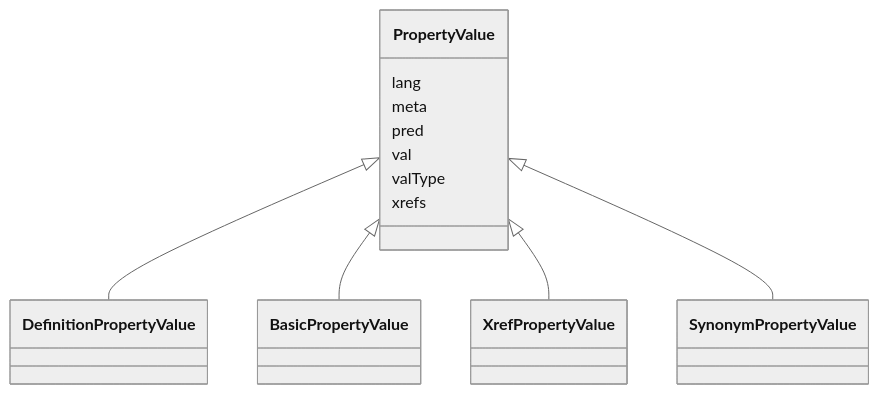
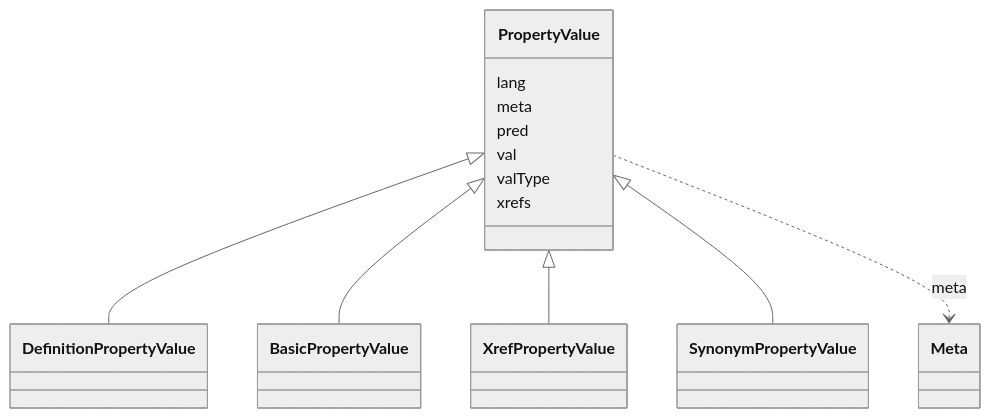
One commit to INCATools/ontology-access-kit changed the diagram in obograph/PropertyValue.md. Above: the diagram before and after it, drawn with Mermaid (neutral theme). The commit also changed other lines of this file and 1783 other files, not shown here.

````diff
--- a/obograph/PropertyValue.md
+++ b/obograph/PropertyValue.md
@@ -13,16 +13,24 @@
 ```{mermaid}
  classDiagram
     class PropertyValue
       PropertyValue <|-- DefinitionPropertyValue
       PropertyValue <|-- BasicPropertyValue
       PropertyValue <|-- XrefPropertyValue
       PropertyValue <|-- SynonymPropertyValue
       
       PropertyValue : lang
+        
       PropertyValue : meta
+        
+          PropertyValue ..> Meta : meta
+        
       PropertyValue : pred
+        
       PropertyValue : val
+        
       PropertyValue : valType
+        
       PropertyValue : xrefs
+        
       
 ```
````
